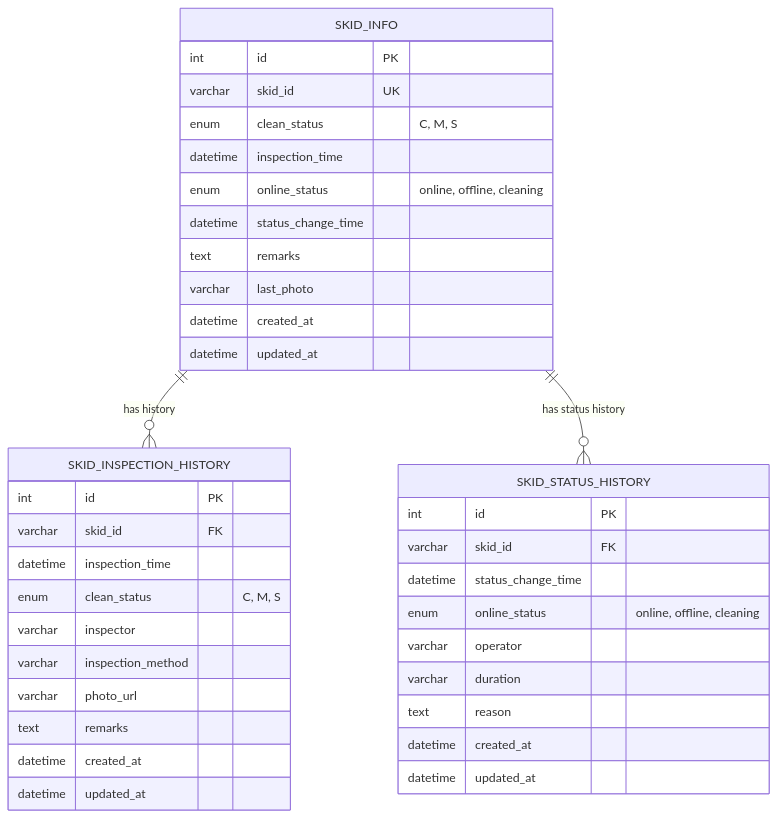
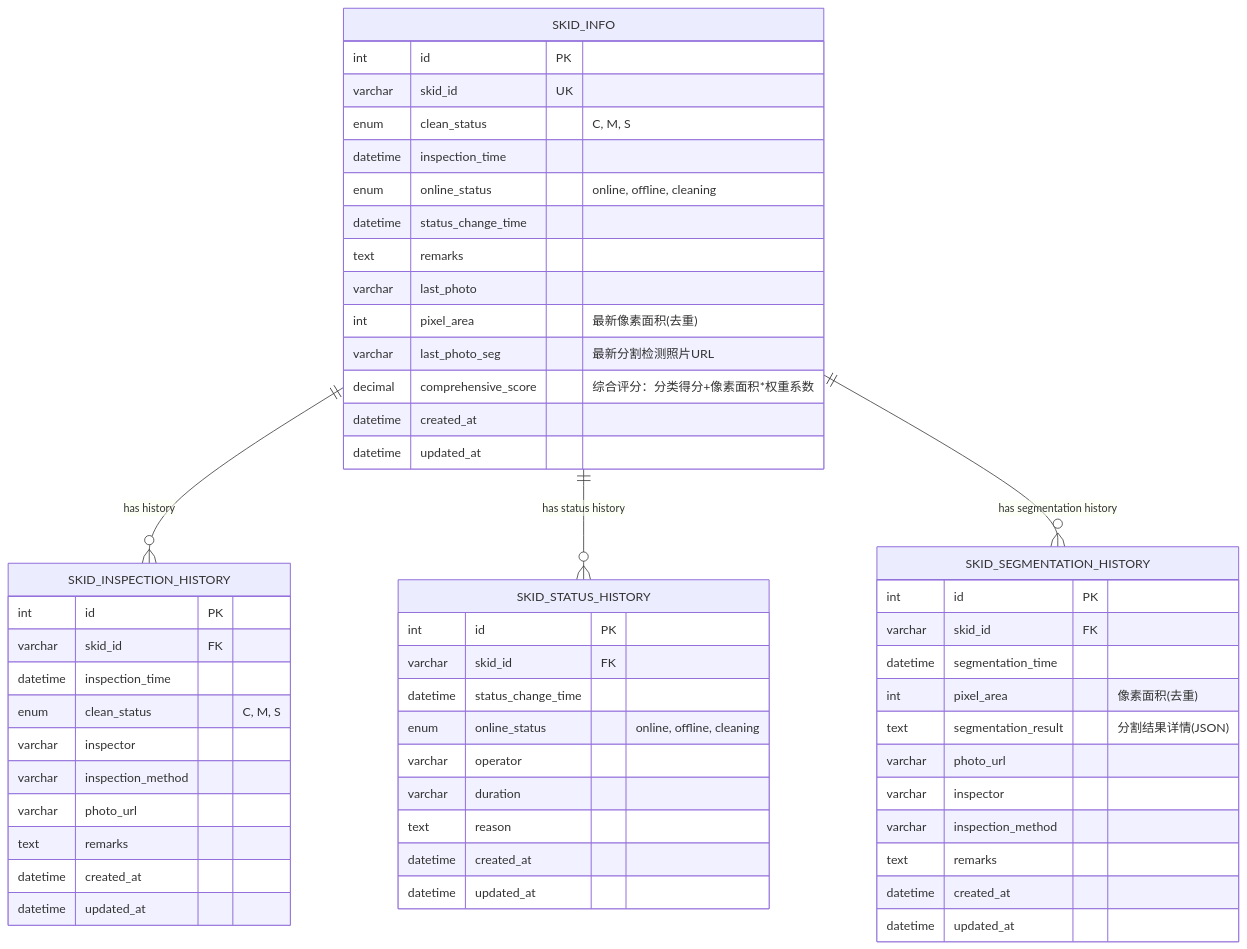
The diagram in production20250123/docs/skid-database-model.md (juliusceasar1130/120JPH_web), drawn with Mermaid before and after one commit. The commit also changed other lines of this file and 20 other files, not shown here.

````diff
--- a/production20250123/docs/skid-database-model.md
+++ b/production20250123/docs/skid-database-model.md
@@ -195,43 +402,61 @@
 ```mermaid
 erDiagram
     SKID_INFO {
         int id PK
         varchar skid_id UK
         enum clean_status "C, M, S"
         datetime inspection_time
         enum online_status "online, offline, cleaning"
         datetime status_change_time
         text remarks
         varchar last_photo
+        int pixel_area "最新像素面积(去重)"
+        varchar last_photo_seg "最新分割检测照片URL"
+        decimal comprehensive_score "综合评分：分类得分+像素面积*权重系数"
         datetime created_at
         datetime updated_at
     }
     
     SKID_INSPECTION_HISTORY {
         int id PK
         varchar skid_id FK
         datetime inspection_time
         enum clean_status "C, M, S"
         varchar inspector
         varchar inspection_method
         varchar photo_url
         text remarks
         datetime created_at
         datetime updated_at
     }
     
     SKID_STATUS_HISTORY {
         int id PK
         varchar skid_id FK
         datetime status_change_time
         enum online_status "online, offline, cleaning"
         varchar operator
         varchar duration
         text reason
         datetime created_at
         datetime updated_at
     }
-    
+
+    SKID_SEGMENTATION_HISTORY {
+        int id PK
+        varchar skid_id FK
+        datetime segmentation_time
+        int pixel_area "像素面积(去重)"
+        text segmentation_result "分割结果详情(JSON)"
+        varchar photo_url
+        varchar inspector
+        varchar inspection_method
+        text remarks
+        datetime created_at
+        datetime updated_at
+    }
+
     SKID_INFO ||--o{ SKID_INSPECTION_HISTORY : "has history"
     SKID_INFO ||--o{ SKID_STATUS_HISTORY : "has status history"
-``` 
+    SKID_INFO ||--o{ SKID_SEGMENTATION_HISTORY : "has segmentation history"
+```
````
